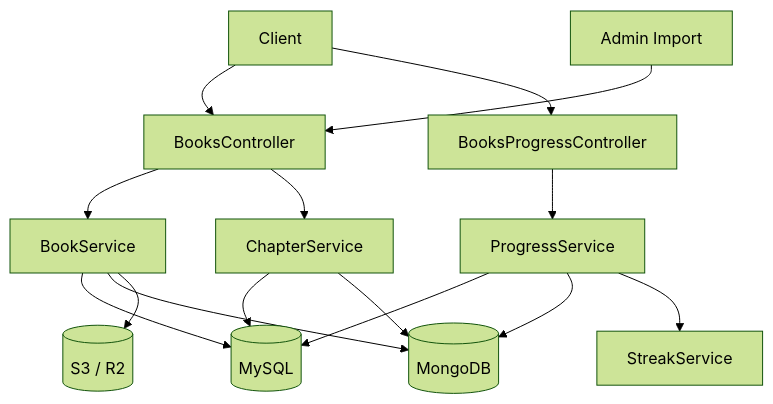
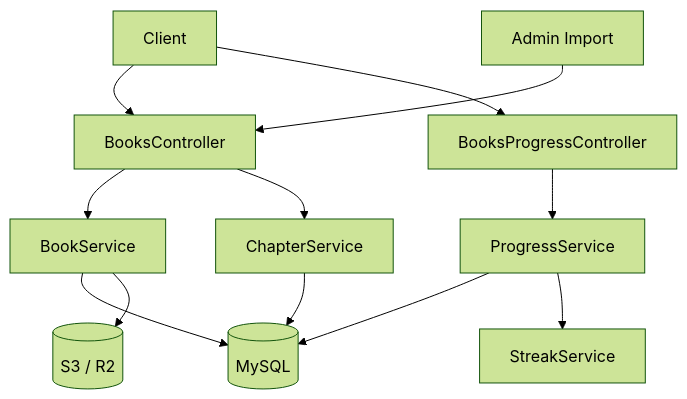
The first of 3 diagrams in docs/architecture/content-book.md (SWM16-ASAP/back-server), drawn with Mermaid (forest theme) before and after one commit. The commit also changed other lines of this file and 31 other files, not shown here.

````diff
--- a/docs/architecture/content-book.md
+++ b/docs/architecture/content-book.md
@@ -40,32 +39,28 @@
 ```mermaid
 flowchart TD
     Client[Client]
     Admin[Admin Import]
     BooksController[BooksController]
     ProgressController[BooksProgressController]
     BookService[BookService]
     ChapterService[ChapterService]
     ProgressService[ProgressService]
-    Mongo[(MongoDB)]
     MySQL[(MySQL)]
     S3[(S3 / R2)]
     Streak[StreakService]
 
     Client --> BooksController
     Client --> ProgressController
     Admin --> BooksController
 
     BooksController --> BookService
     BooksController --> ChapterService
     ProgressController --> ProgressService
 
     BookService --> MySQL
-    BookService --> Mongo
     ChapterService --> MySQL
-    ChapterService --> Mongo
     ProgressService --> MySQL
-    ProgressService --> Mongo
 
     BookService --> S3
     ProgressService --> Streak
 ```
````
